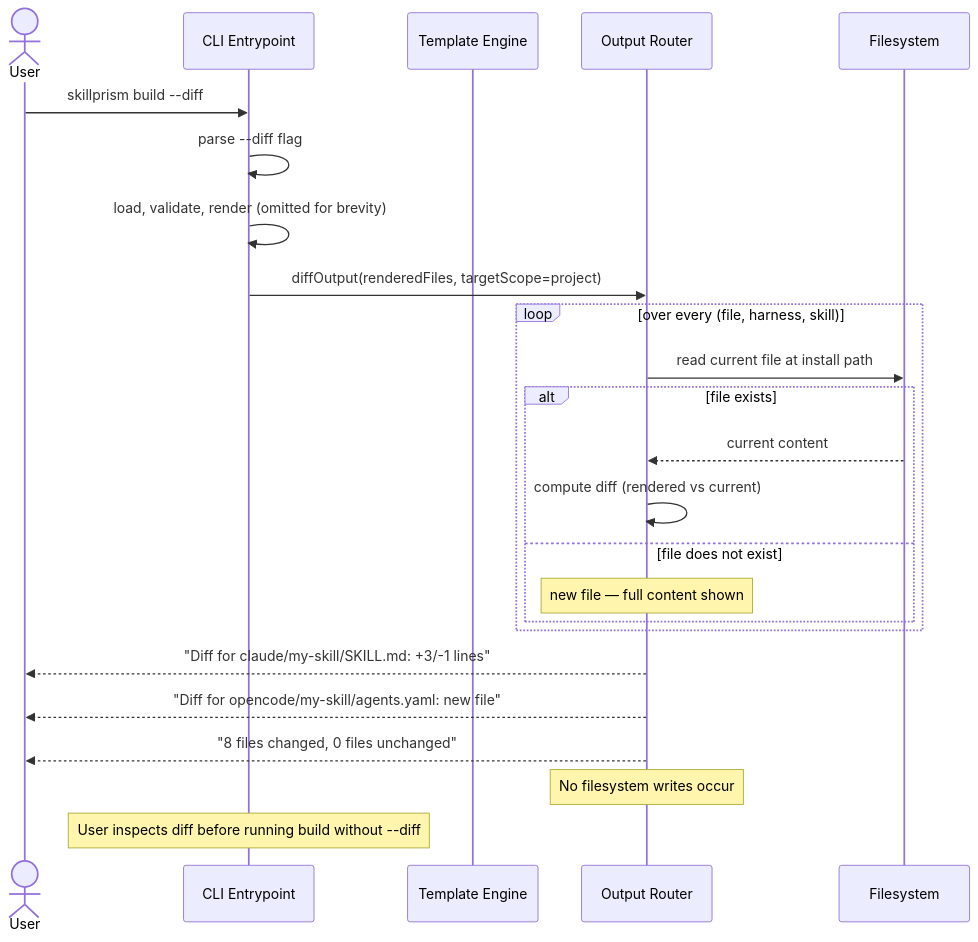
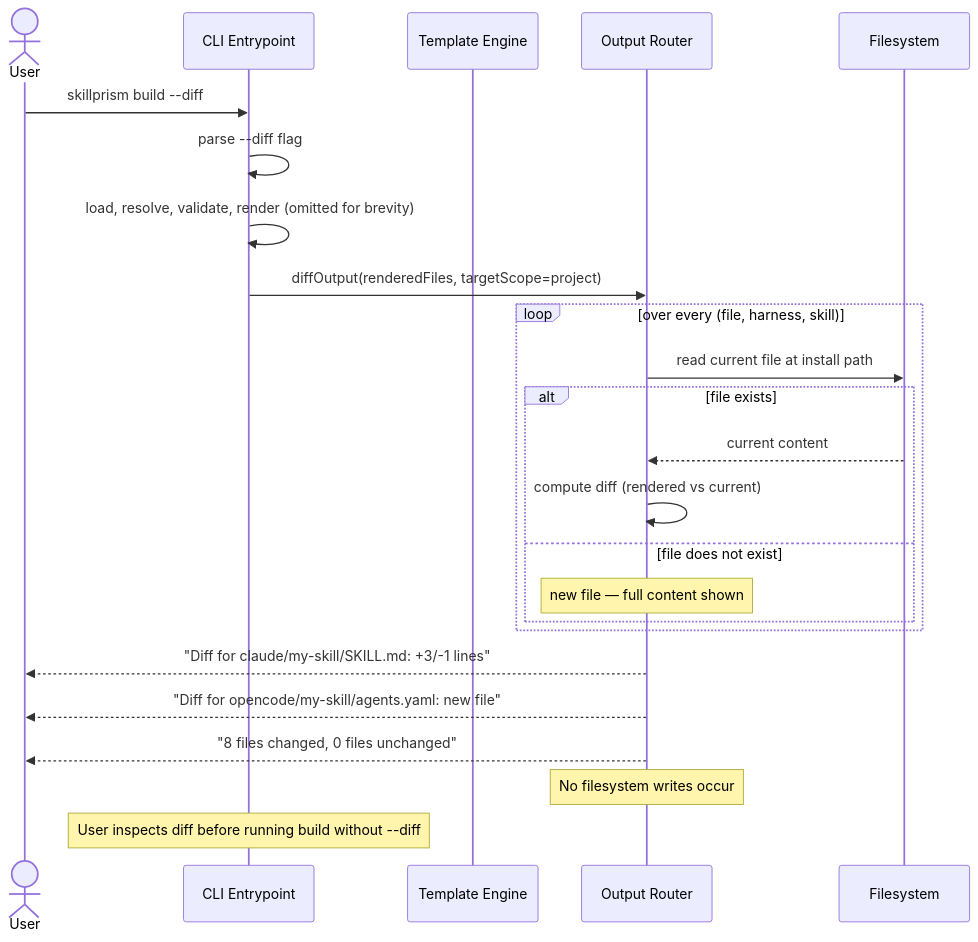
The diagram in .constitution/architecture/flows/flow-diff-output.md (Tuvren/skillprism), drawn with Mermaid before and after one commit. The commit also changed other lines of this file and 40 other files, not shown here.

````diff
--- a/.constitution/architecture/flows/flow-diff-output.md
+++ b/.constitution/architecture/flows/flow-diff-output.md
@@ -9,32 +9,32 @@
 ```mermaid
 sequenceDiagram
   actor User
   participant CLI as CLI Entrypoint
   participant Engine as Template Engine
   participant Router as Output Router
   participant FS as Filesystem
 
   User->>CLI: skillprism build --diff
   CLI->>CLI: parse --diff flag
 
-  CLI->>CLI: load, validate, render (omitted for brevity)
+  CLI->>CLI: load, resolve, validate, render (omitted for brevity)
 
   CLI->>Router: diffOutput(renderedFiles, targetScope=project)
 
   loop over every (file, harness, skill)
     Router->>FS: read current file at install path
     alt file exists
       FS-->>Router: current content
       Router->>Router: compute diff (rendered vs current)
     else file does not exist
       Note over Router: new file — full content shown
     end
   end
 
   Router-->>User: "Diff for claude/my-skill/SKILL.md: +3/-1 lines"
   Router-->>User: "Diff for opencode/my-skill/agents.yaml: new file"
   Router-->>User: "8 files changed, 0 files unchanged"
 
   Note over Router: No filesystem writes occur
   Note over CLI: User inspects diff before running build without --diff
 ```
````
